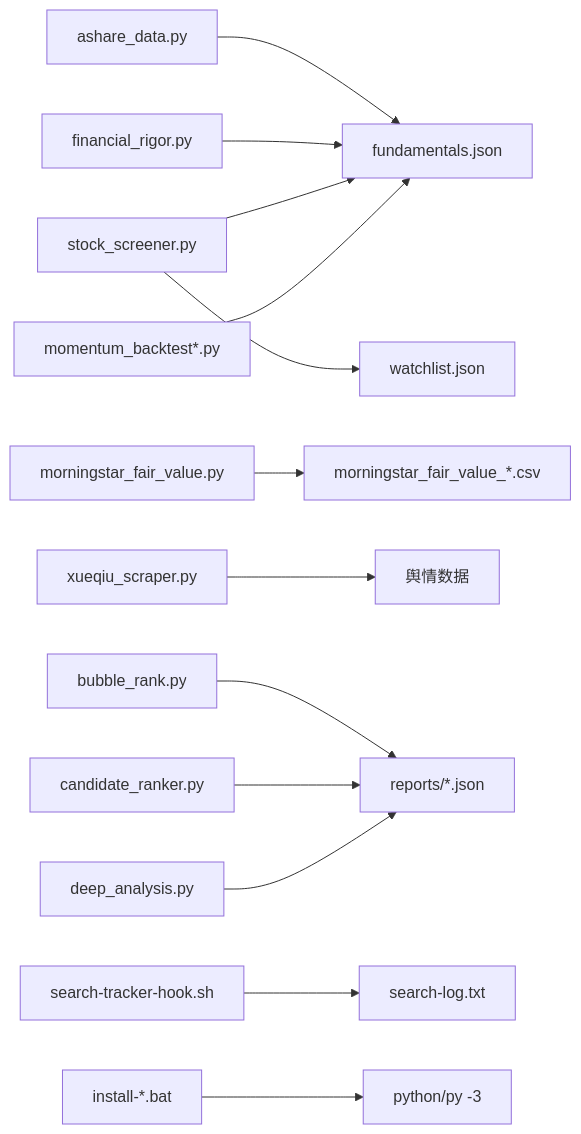
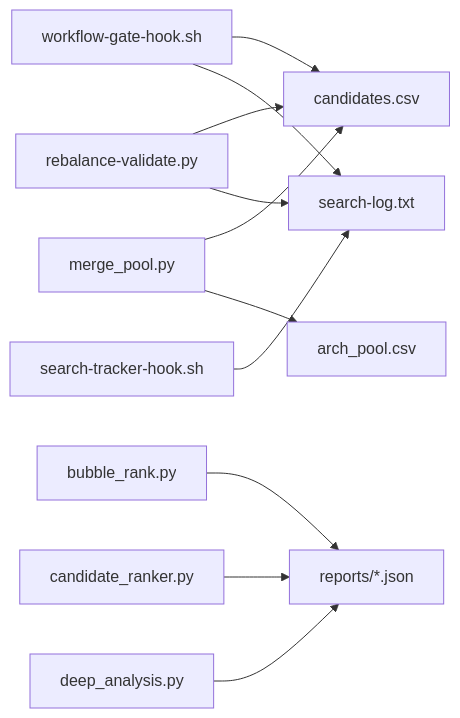
One commit to Ted-Engineer/ai-berkshire changed the third of 3 diagrams in .qoder/repowiki/zh/content/数据处理工具/数据处理工具.md. Above: the diagram before and after it, drawn with Mermaid. The commit also changed other lines of this file and 76 other files, not shown here.

````diff
--- a/.qoder/repowiki/zh/content/数据处理工具/数据处理工具.md
+++ b/.qoder/repowiki/zh/content/数据处理工具/数据处理工具.md
@@ -540,15 +420,13 @@
 ```mermaid
 graph LR
-AS["ashare_data.py"] --> FUND["fundamentals.json"]
-FR["financial_rigor.py"] --> FUND
-SC["stock_screener.py"] --> FUND
-SC --> WL["watchlist.json"]
-MB["momentum_backtest*.py"] --> FUND
-MS["morningstar_fair_value.py"] --> MSF["morningstar_fair_value_*.csv"]
-XQ["xueqiu_scraper.py"] --> OUTXQ["舆情数据"]
+WG["workflow-gate-hook.sh"] --> CP["candidates.csv"]
+WG --> SL["search-log.txt"]
+MP["merge_pool.py"] --> CP
+MP --> AP["arch_pool.csv"]
+RV["rebalance-validate.py"] --> CP
+RV --> SL
 BR["bubble_rank.py"] --> RPT["reports/*.json"]
 CR["candidate_ranker.py"] --> RPT
 DA["deep_analysis.py"] --> RPT
-ST["search-tracker-hook.sh"] --> LOG["search-log.txt"]
-BAT["install-*.bat"] --> PY["python/py -3"]
+ST["search-tracker-hook.sh"] --> SL
 ```
````
